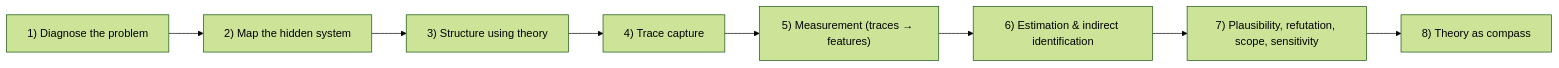
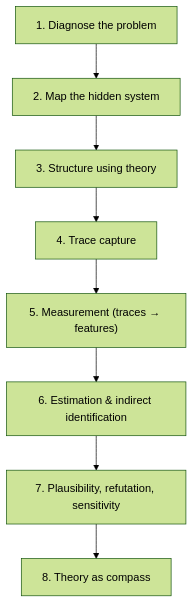
The diagram in index.md (margaretfoster/PRISM-framework), drawn with Mermaid (forest theme) before and after one commit.

````diff
--- a/index.md
+++ b/index.md
@@ -22,10 +22,10 @@
 ```mermaid
-flowchart LR
-    A["1) Diagnose the problem"] --> B["2) Map the hidden system"]
-    B --> C["3) Structure using theory"]
-    C --> D["4) Trace capture"]
-    D --> E["5) Measurement (traces → features)"]
-    E --> F["6) Estimation & indirect identification"]
-    F --> G["7) Plausibility, refutation, scope, sensitivity"]
-    G --> H["8) Theory as compass"]
+flowchart TD
+    A["1. Diagnose the problem"] --> B["2. Map the hidden system"]
+    B --> C["3. Structure using theory"]
+    C --> D["4. Trace capture"]
+    D --> E["5. Measurement (traces → features)"]
+    E --> F["6. Estimation & indirect identification"]
+    F --> G["7. Plausibility, refutation, sensitivity"]
+    G --> H["8. Theory as compass"]
 ```
````
